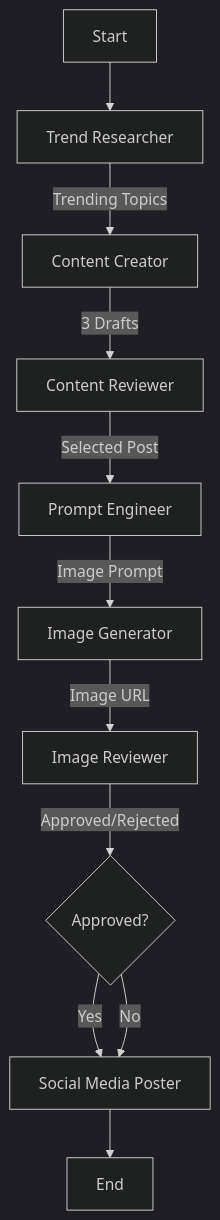
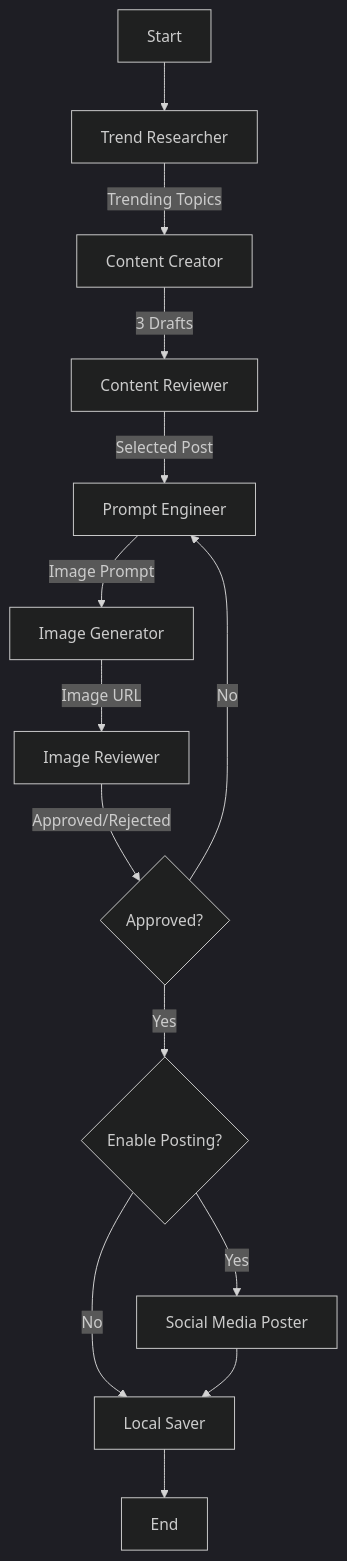
One commit to NoahJenkins/automated-social-media-post-workflow changed the diagram in README.md. Above: the diagram before and after it, drawn with Mermaid (dark theme). The commit also changed other lines of this file, not shown here.

Commit message:
docs: enhance README with detailed workflow steps, updated architecture, comprehensive configuration, LangSmith integration, and troubleshooting.

````diff
--- a/README.md
+++ b/README.md
@@ -20,13 +20,16 @@
 ```mermaid
 graph TD
     Start --> Researcher
     Researcher[Trend Researcher] -->|Trending Topics| Creator
     Creator[Content Creator] -->|3 Drafts| Reviewer
     Reviewer[Content Reviewer] -->|Selected Post| PromptEng
     PromptEng[Prompt Engineer] -->|Image Prompt| ImgGen
     ImgGen[Image Generator] -->|Image URL| ImgReviewer
     ImgReviewer[Image Reviewer] -->|Approved/Rejected| Decision{Approved?}
-    Decision -- Yes --> Poster
-    Decision -- No --> Poster
-    Poster[Social Media Poster] --> End
+    Decision -- Yes --> PosterOrSaver
+    Decision -- No --> PromptEng
+    PosterOrSaver{Enable Posting?} -- Yes --> Poster
+    PosterOrSaver -- No --> Saver
+    Poster[Social Media Poster] --> Saver
+    Saver[Local Saver] --> End
 ```
````
